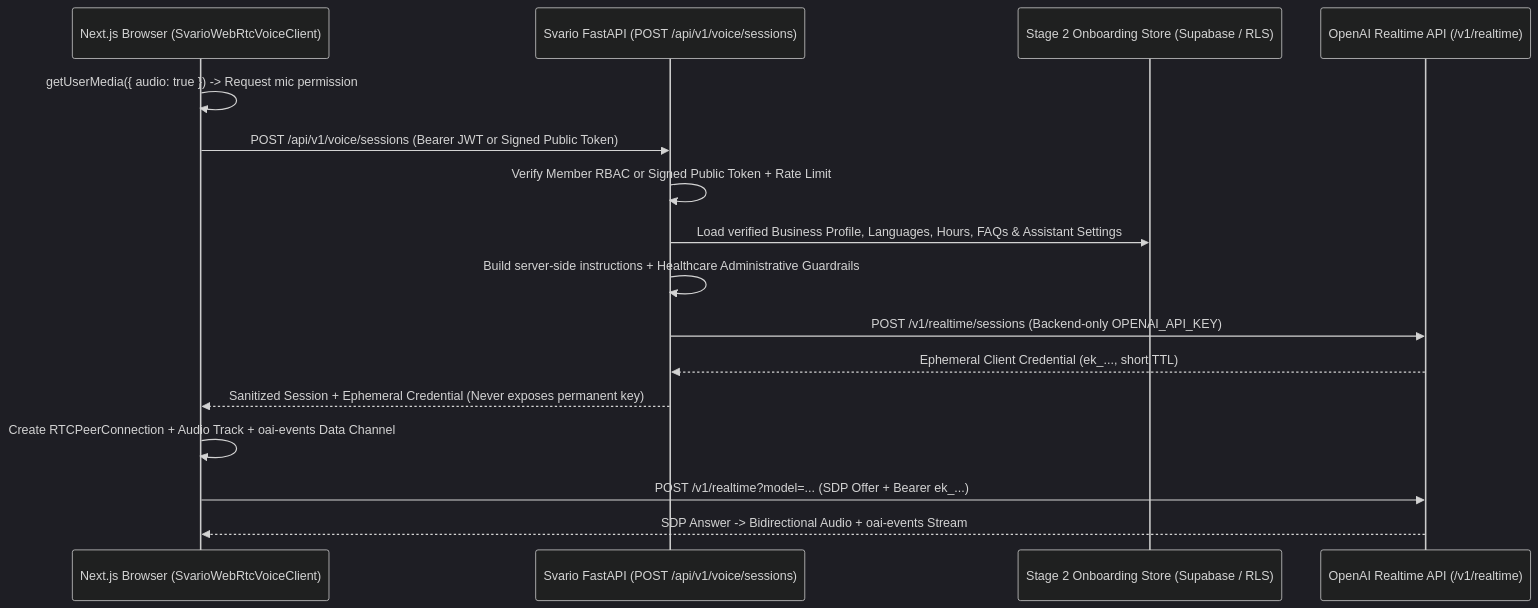
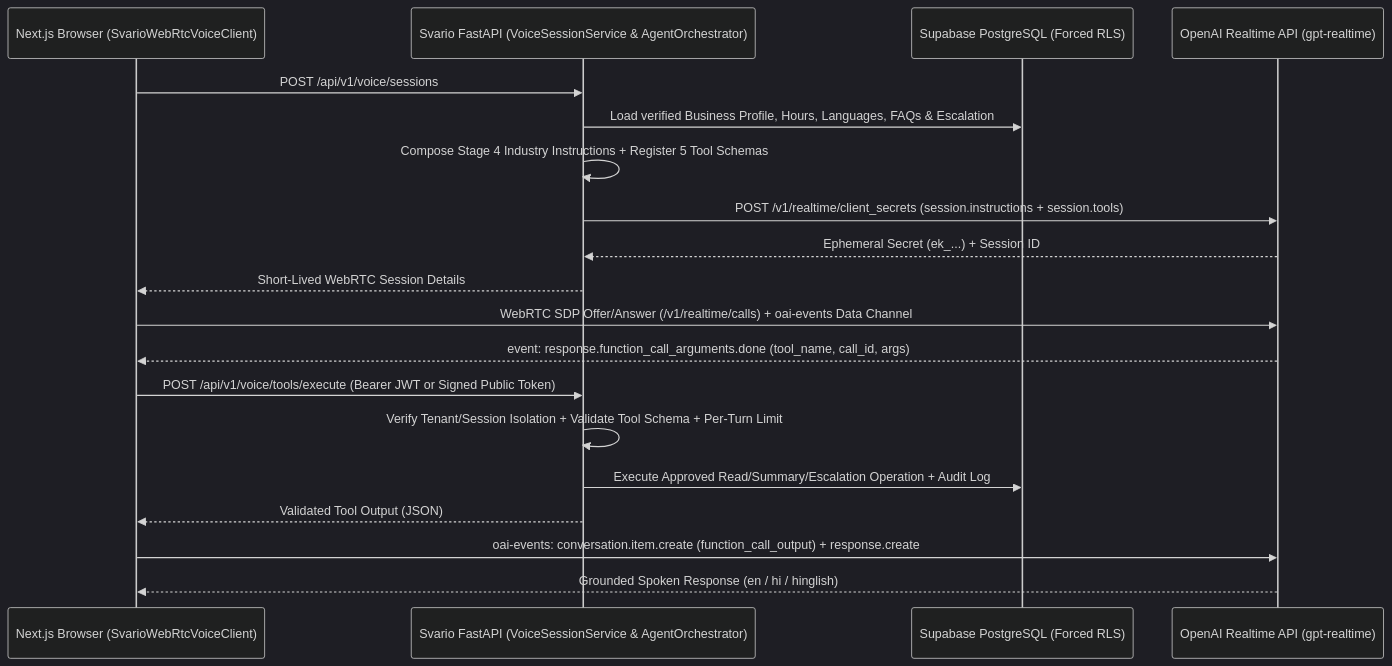
The diagram in docs/architecture.md (shreyanshcodes-hacker/SVARIO), drawn with Mermaid (dark theme) before and after one commit. The commit also changed other lines of this file and 31 other files, not shown here.

Commit message:
Stage 4: AI agent and conversational intelligence

````diff
--- a/docs/architecture.md
+++ b/docs/architecture.md
@@ -89,19 +103,22 @@
 ```mermaid
 sequenceDiagram
     participant Browser as Next.js Browser (SvarioWebRtcVoiceClient)
-    participant FastAPI as Svario FastAPI (POST /api/v1/voice/sessions)
-    participant Onboarding as Stage 2 Onboarding Store (Supabase / RLS)
-    participant OpenAI as OpenAI Realtime API (/v1/realtime)
+    participant FastAPI as Svario FastAPI (VoiceSessionService & AgentOrchestrator)
+    participant Supabase as Supabase PostgreSQL (Forced RLS)
+    participant OpenAI as OpenAI Realtime API (gpt-realtime)
 
-    Browser->>Browser: getUserMedia({ audio: true }) -> Request mic permission
-    Browser->>FastAPI: POST /api/v1/voice/sessions (Bearer JWT or Signed Public Token)
-    FastAPI->>FastAPI: Verify Member RBAC or Signed Public Token + Rate Limit
-    FastAPI->>Onboarding: Load verified Business Profile, Languages, Hours, FAQs & Assistant Settings
-    FastAPI->>FastAPI: Build server-side instructions + Healthcare Administrative Guardrails
-    FastAPI->>OpenAI: POST /v1/realtime/sessions (Backend-only OPENAI_API_KEY)
-    OpenAI-->>FastAPI: Ephemeral Client Credential (ek_..., short TTL)
-    FastAPI-->>Browser: Sanitized Session + Ephemeral Credential (Never exposes permanent key)
-    Browser->>Browser: Create RTCPeerConnection + Audio Track + oai-events Data Channel
-    Browser->>OpenAI: POST /v1/realtime?model=... (SDP Offer + Bearer ek_...)
-    OpenAI-->>Browser: SDP Answer -> Bidirectional Audio + oai-events Stream
+    Browser->>FastAPI: POST /api/v1/voice/sessions
+    FastAPI->>Supabase: Load verified Business Profile, Hours, Languages, FAQs & Escalation
+    FastAPI->>FastAPI: Compose Stage 4 Industry Instructions + Register 5 Tool Schemas
+    FastAPI->>OpenAI: POST /v1/realtime/client_secrets (session.instructions + session.tools)
+    OpenAI-->>FastAPI: Ephemeral Secret (ek_...) + Session ID
+    FastAPI-->>Browser: Short-Lived WebRTC Session Details
+    Browser->>OpenAI: WebRTC SDP Offer/Answer (/v1/realtime/calls) + oai-events Data Channel
+    OpenAI-->>Browser: event: response.function_call_arguments.done (tool_name, call_id, args)
+    Browser->>FastAPI: POST /api/v1/voice/tools/execute (Bearer JWT or Signed Public Token)
+    FastAPI->>FastAPI: Verify Tenant/Session Isolation + Validate Tool Schema + Per-Turn Limit
+    FastAPI->>Supabase: Execute Approved Read/Summary/Escalation Operation + Audit Log
+    FastAPI-->>Browser: Validated Tool Output (JSON)
+    Browser->>OpenAI: oai-events: conversation.item.create (function_call_output) + response.create
+    OpenAI-->>Browser: Grounded Spoken Response (en / hi / hinglish)
 ```
````
